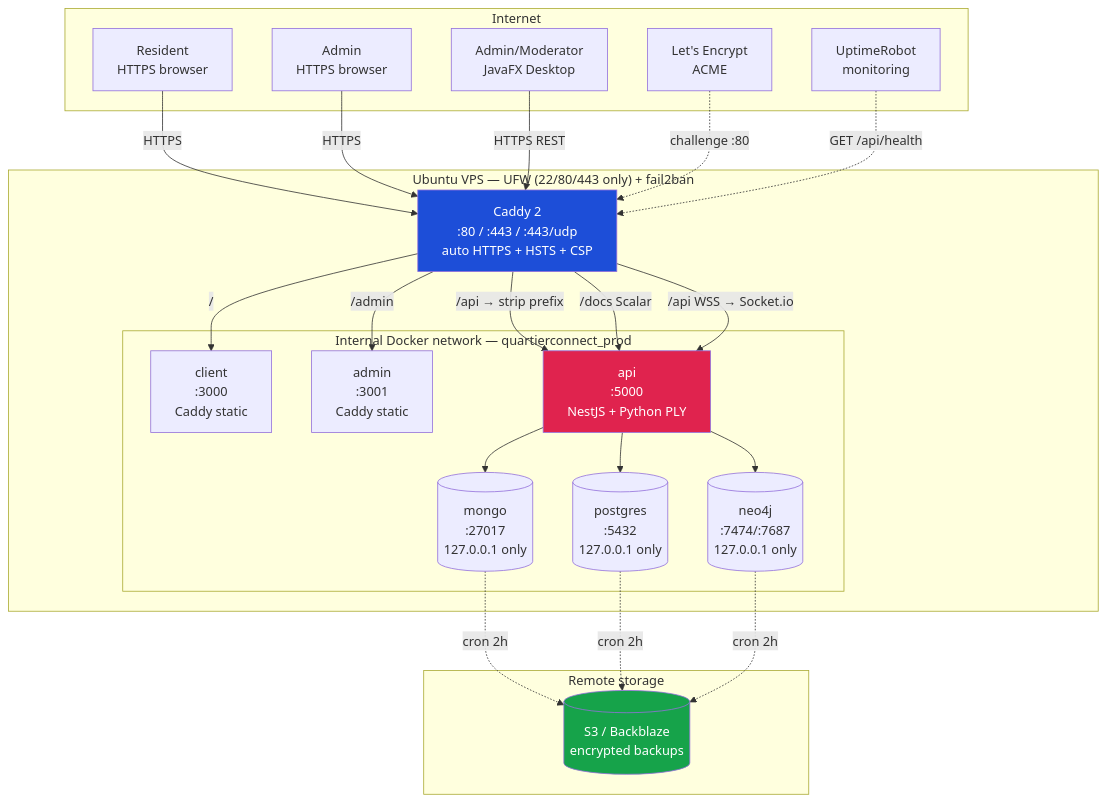
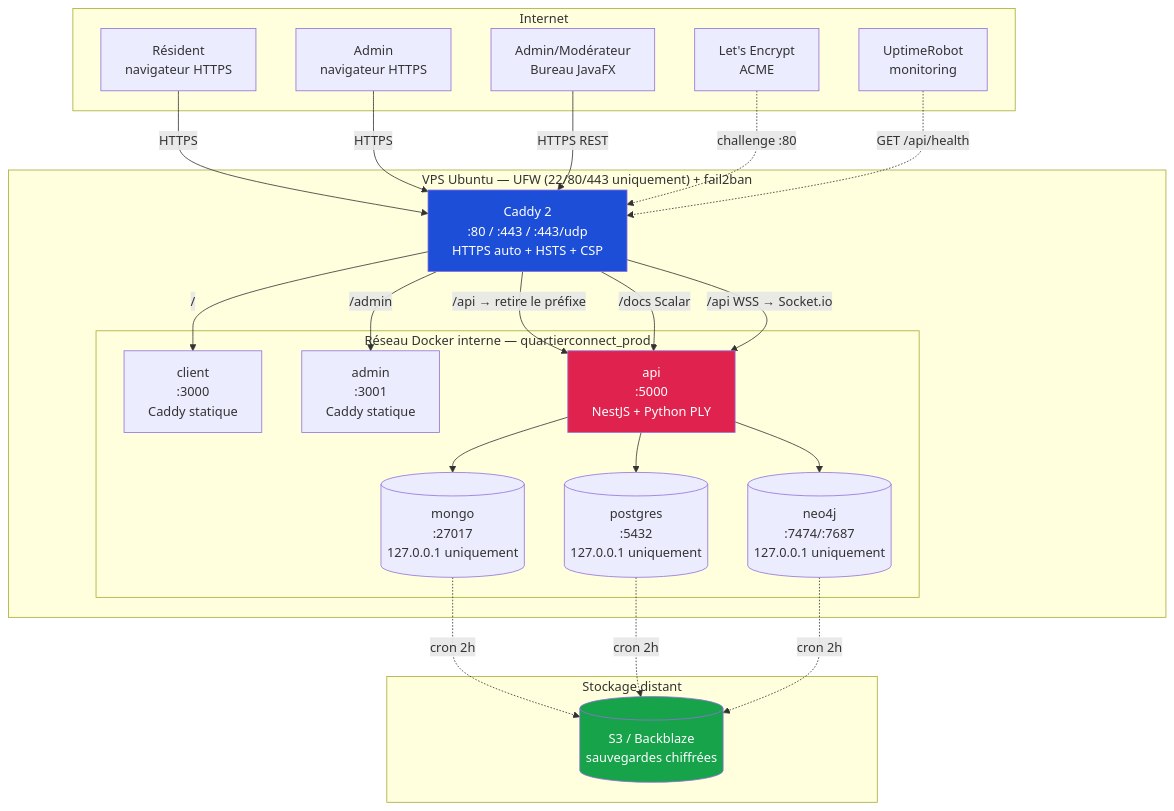
Before and after one commit to creibaud/QuartierConnect: diagram 19 of 21 in docs/ARCHITECTURE.md, drawn with Mermaid. The commit also changed other lines of this file and 27 other files, not shown here.

````diff
--- a/docs/ARCHITECTURE.md
+++ b/docs/ARCHITECTURE.md
@@ -762,52 +803,52 @@
 ```mermaid
 graph TB
     subgraph Internet
-        U1[Resident<br/>HTTPS browser]
-        U2[Admin<br/>HTTPS browser]
-        U3[Admin/Moderator<br/>JavaFX Desktop]
+        U1[Résident<br/>navigateur HTTPS]
+        U2[Admin<br/>navigateur HTTPS]
+        U3[Admin/Modérateur<br/>Bureau JavaFX]
         LE[Let's Encrypt<br/>ACME]
         UR[UptimeRobot<br/>monitoring]
     end
 
-    subgraph VPS["Ubuntu VPS — UFW (22/80/443 only) + fail2ban"]
-        CADDY["Caddy 2<br/>:80 / :443 / :443/udp<br/>auto HTTPS + HSTS + CSP"]
+    subgraph VPS["VPS Ubuntu — UFW (22/80/443 uniquement) + fail2ban"]
+        CADDY["Caddy 2<br/>:80 / :443 / :443/udp<br/>HTTPS auto + HSTS + CSP"]
 
-        subgraph DockerNet["Internal Docker network — quartierconnect_prod"]
-            CLIENT["client<br/>:3000<br/>Caddy static"]
-            ADMIN["admin<br/>:3001<br/>Caddy static"]
+        subgraph DockerNet["Réseau Docker interne — quartierconnect_prod"]
+            CLIENT["client<br/>:3000<br/>Caddy statique"]
+            ADMIN["admin<br/>:3001<br/>Caddy statique"]
             API["api<br/>:5000<br/>NestJS + Python PLY"]
 
-            MONGO[("mongo<br/>:27017<br/>127.0.0.1 only")]
-            PG[("postgres<br/>:5432<br/>127.0.0.1 only")]
-            NEO[("neo4j<br/>:7474/:7687<br/>127.0.0.1 only")]
+            MONGO[("mongo<br/>:27017<br/>127.0.0.1 uniquement")]
+            PG[("postgres<br/>:5432<br/>127.0.0.1 uniquement")]
+            NEO[("neo4j<br/>:7474/:7687<br/>127.0.0.1 uniquement")]
         end
     end
 
-    subgraph Cloud["Remote storage"]
-        S3[("S3 / Backblaze<br/>encrypted backups")]
+    subgraph Cloud["Stockage distant"]
+        S3[("S3 / Backblaze<br/>sauvegardes chiffrées")]
     end
 
     U1 -->|HTTPS| CADDY
     U2 -->|HTTPS| CADDY
     U3 -->|HTTPS REST| CADDY
     LE -.->|challenge :80| CADDY
     UR -.->|GET /api/health| CADDY
 
     CADDY -->|"/"| CLIENT
     CADDY -->|"/admin"| ADMIN
-    CADDY -->|"/api → strip prefix"| API
+    CADDY -->|"/api → retire le préfixe"| API
     CADDY -->|"/docs Scalar"| API
     CADDY -->|"/api WSS → Socket.io"| API
 
     API --> MONGO
     API --> PG
     API --> NEO
 
     MONGO -.->|cron 2h| S3
     PG -.->|cron 2h| S3
     NEO -.->|cron 2h| S3
 
     style CADDY fill:#1D4ED8,color:#fff
     style API fill:#E0234E,color:#fff
     style S3 fill:#16a34a,color:#fff
 ```
````
